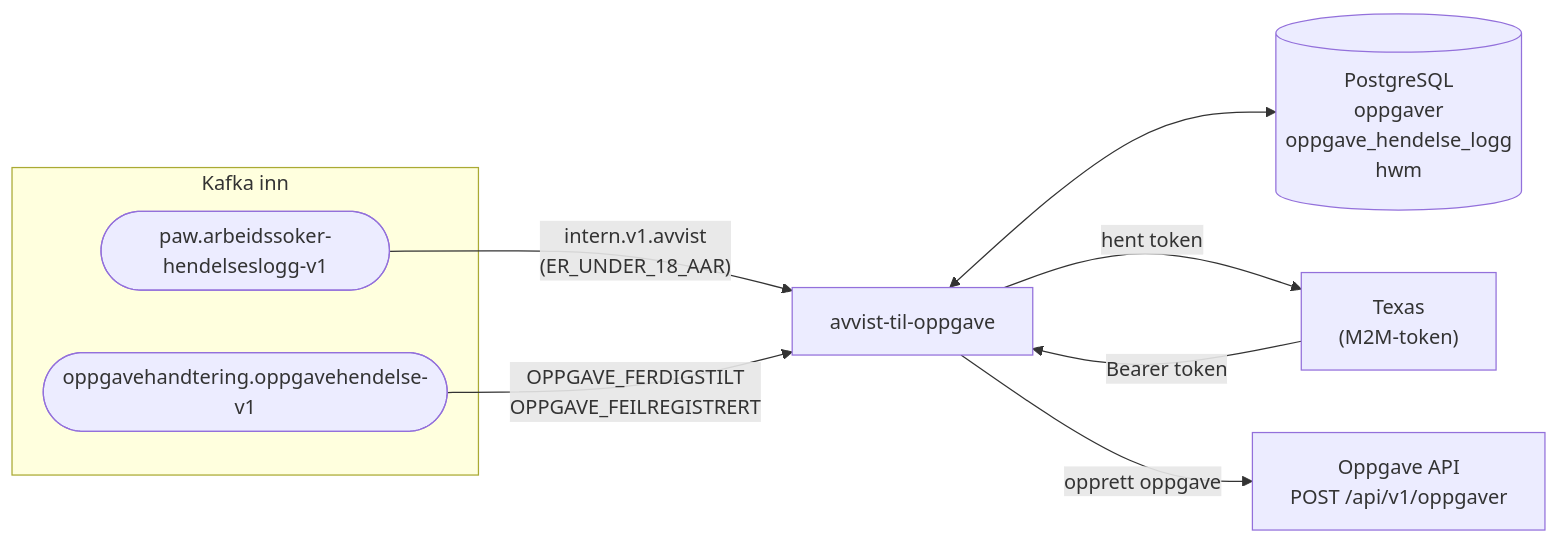
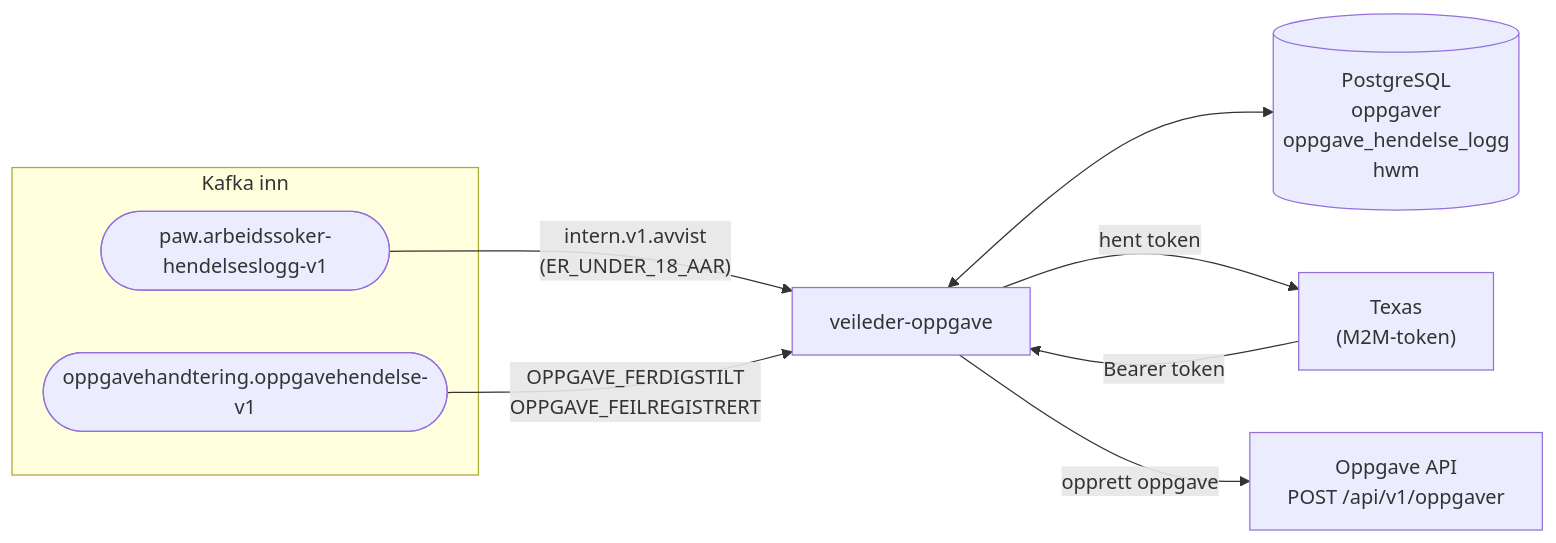
One commit to navikt/paw-rust-monorepo changed the diagram in app/veileder-oppgave/README.md. Above: the diagram before and after it, drawn with Mermaid. The commit also changed other lines of this file and 1 other file, not shown here.

First line of the commit message:
Oppdater dokumentasjon til veileder-oppgave

````diff
--- a/app/veileder-oppgave/README.md
+++ b/app/veileder-oppgave/README.md
@@ -28,19 +28,19 @@
 ```mermaid
 flowchart LR
   subgraph KIN["Kafka inn"]
     K1(["paw.arbeidssoker-hendelseslogg-v1"])
     K2(["oppgavehandtering.oppgavehendelse-v1"])
   end
 
-  APP["avvist-til-oppgave"]
+  APP["veileder-oppgave"]
   DB[("PostgreSQL\noppgaver\noppgave_hendelse_logg\nhwm")]
   TEXAS["Texas\n(M2M-token)"]
   OPPGAVE["Oppgave API\nPOST /api/v1/oppgaver"]
 
   K1 -->|"intern.v1.avvist\n(ER_UNDER_18_AAR)"| APP
   K2 -->|"OPPGAVE_FERDIGSTILT\nOPPGAVE_FEILREGISTRERT"| APP
   APP <--> DB
   APP -->|"hent token"| TEXAS
   TEXAS -->|"Bearer token"| APP
   APP -->|"opprett oppgave"| OPPGAVE
 ```
````
